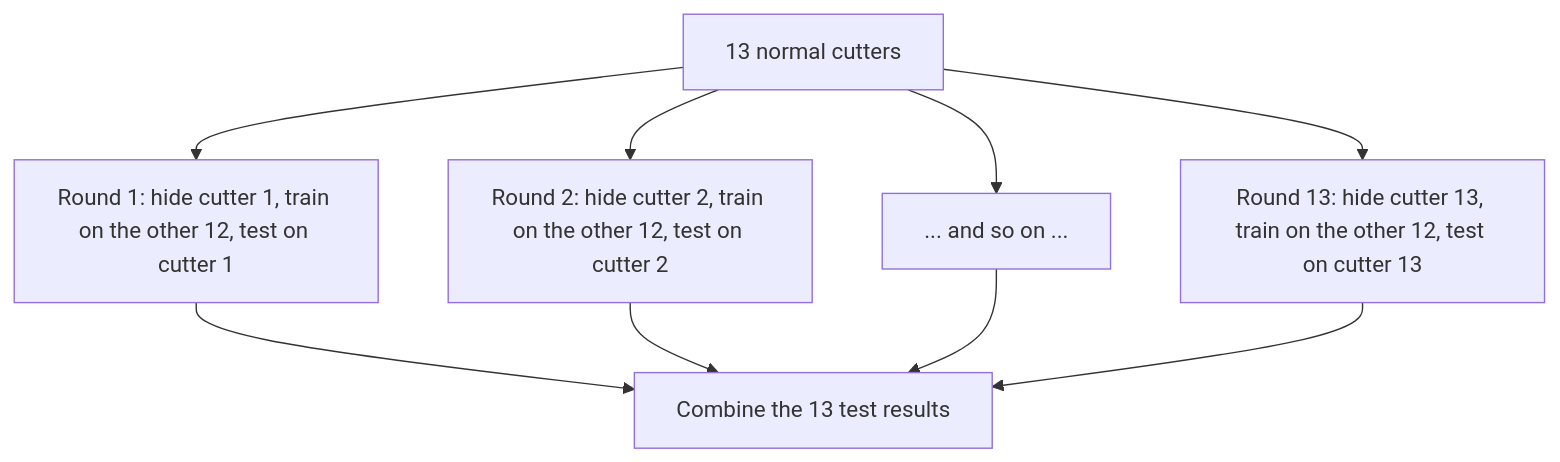
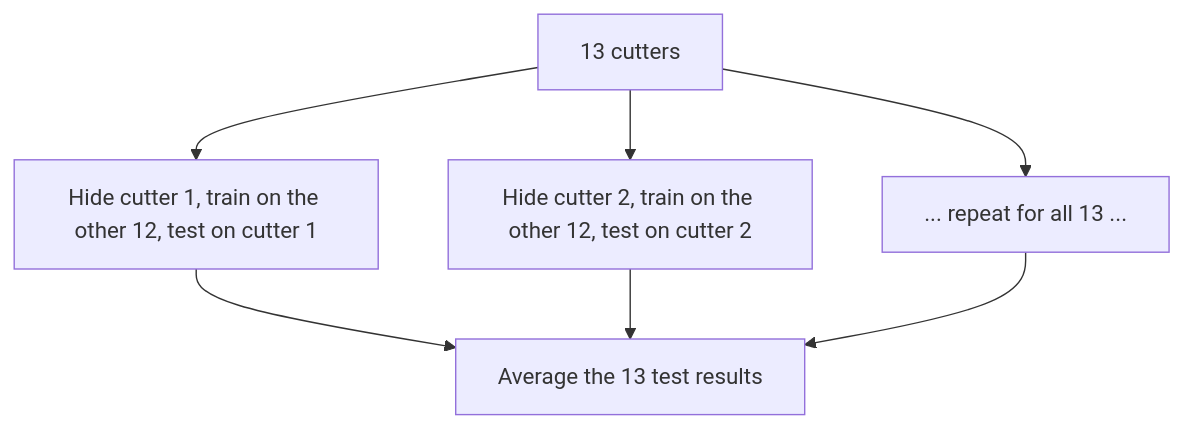
Before and after one commit to Aadityakshatriya/AI-in-manufacturing: the third of 3 diagrams in PROJECT_EXPLAINED.md, drawn with Mermaid. The commit also changed other lines of this file and 6 other files, not shown here.

````diff
--- a/PROJECT_EXPLAINED.md
+++ b/PROJECT_EXPLAINED.md
@@ -190,11 +158,9 @@
 ```mermaid
 flowchart TD
-    A[13 normal cutters] --> B[Round 1: hide cutter 1, train on the other 12, test on cutter 1]
-    A --> C[Round 2: hide cutter 2, train on the other 12, test on cutter 2]
-    A --> D[... and so on ...]
-    A --> E[Round 13: hide cutter 13, train on the other 12, test on cutter 13]
-    B --> F[Combine the 13 test results]
-    C --> F
-    D --> F
-    E --> F
+    A[13 cutters] --> B[Hide cutter 1, train on the other 12, test on cutter 1]
+    A --> C[Hide cutter 2, train on the other 12, test on cutter 2]
+    A --> D[... repeat for all 13 ...]
+    B --> E[Average the 13 test results]
+    C --> E
+    D --> E
 ```
````
